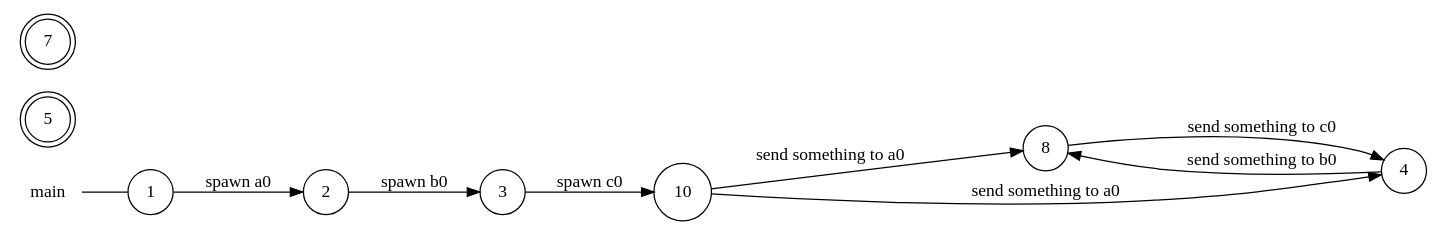
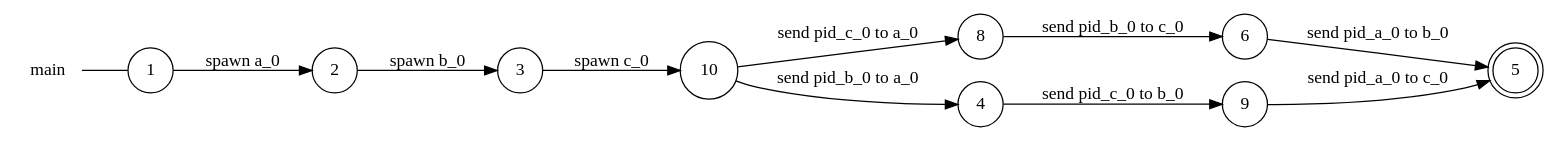
The diagram in examples/if-cases/main_local_view.dot (gabrielegenovese/chorer), drawn with Graphviz before and after one commit. The commit also changed 17 other files, not shown here.

```diff
--- a/examples/if-cases/main_local_view.dot
+++ b/examples/if-cases/main_local_view.dot
@@ -1,21 +1,24 @@
 digraph main {
 	rankdir="LR";
 	n_0 [label="main", shape="plaintext"];
 	n_1 [id="5", shape=doublecircle, label="5"];
-	n_2 [id="10", shape=circle, label="10"];
-	n_3 [id="1", shape=circle, label="1"];
-	n_0 -> n_3 [arrowhead=none];
-	n_4 [id="2", shape=circle, label="2"];
-	n_5 [id="8", shape=circle, label="8"];
-	n_6 [id="4", shape=circle, label="4"];
-	n_7 [id="7", shape=doublecircle, label="7"];
-	n_8 [id="3", shape=circle, label="3"];
+	n_2 [id="6", shape=circle, label="6"];
+	n_3 [id="10", shape=circle, label="10"];
+	n_4 [id="1", shape=circle, label="1"];
+	n_0 -> n_4 [arrowhead=none];
+	n_5 [id="9", shape=circle, label="9"];
+	n_6 [id="2", shape=circle, label="2"];
+	n_7 [id="8", shape=circle, label="8"];
+	n_8 [id="4", shape=circle, label="4"];
+	n_9 [id="3", shape=circle, label="3"];
 
-	n_2 -> n_6 [id="[$e|1]", label="send something to a0"];
-	n_3 -> n_4 [id="[$e|3]", label="spawn a0"];
-	n_4 -> n_8 [id="[$e|5]", label="spawn b0"];
-	n_8 -> n_2 [id="[$e|0]", label="spawn c0"];
-	n_2 -> n_5 [id="[$e|8]", label="send something to a0"];
-	n_6 -> n_5 [id="[$e|9]", label="send something to b0"];
-	n_5 -> n_6 [id="[$e|10]", label="send something to c0"];
+	n_3 -> n_8 [id="[$e|2]", label="send pid_b_0 to a_0"];
+	n_9 -> n_3 [id="[$e|0]", label="spawn c_0"];
+	n_7 -> n_2 [id="[$e|1]", label="send pid_b_0 to c_0"];
+	n_5 -> n_1 [id="[$e|7]", label="send pid_a_0 to c_0"];
+	n_4 -> n_6 [id="[$e|5]", label="spawn a_0"];
+	n_3 -> n_7 [id="[$e|6]", label="send pid_c_0 to a_0"];
+	n_2 -> n_1 [id="[$e|9]", label="send pid_a_0 to b_0"];
+	n_8 -> n_5 [id="[$e|4]", label="send pid_c_0 to b_0"];
+	n_6 -> n_9 [id="[$e|8]", label="spawn b_0"];
 }
```
